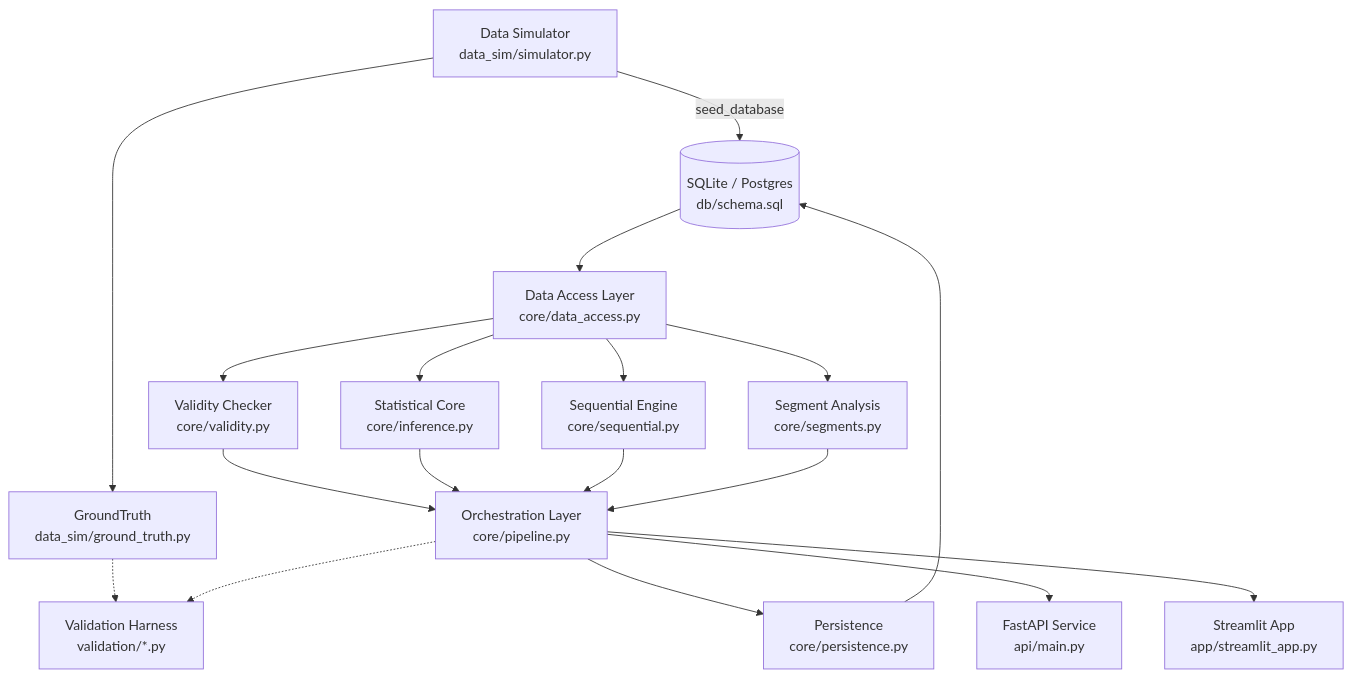
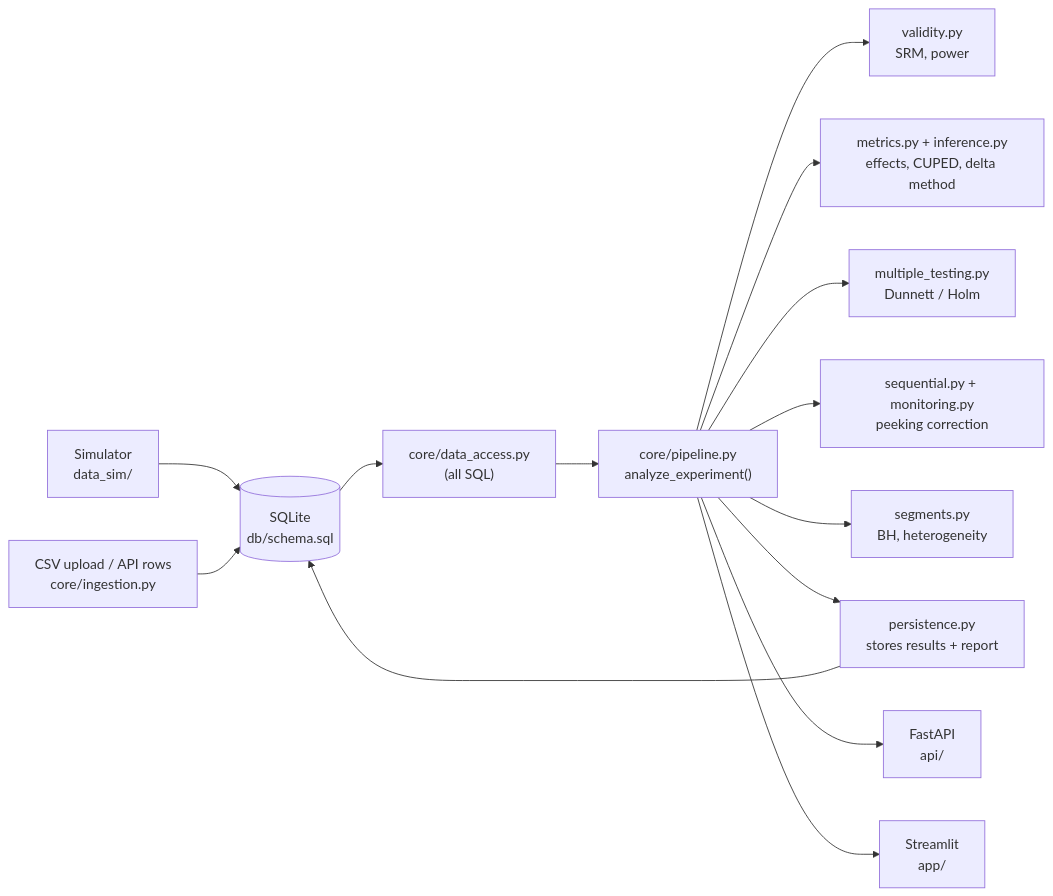
One commit to tarun-rai21/ab-test-engine changed the diagram in README.md. Above: the diagram before and after it, drawn with Mermaid. The commit also changed other lines of this file, not shown here.

````diff
--- a/README.md
+++ b/README.md
@@ -76,40 +206,16 @@
 ```mermaid
-flowchart TB
-    SIM["Data Simulator<br/>data_sim/simulator.py"]
-    GT["GroundTruth<br/>data_sim/ground_truth.py"]
-    DB[("SQLite / Postgres<br/>db/schema.sql")]
-    SIM --> GT
-    SIM -->|seed_database| DB
-
-    DATAACCESS["Data Access Layer<br/>core/data_access.py"]
-    DB --> DATAACCESS
-
-    VALIDITY["Validity Checker<br/>core/validity.py"]
-    INFERENCE["Statistical Core<br/>core/inference.py"]
-    SEQUENTIAL["Sequential Engine<br/>core/sequential.py"]
-    SEGMENTS["Segment Analysis<br/>core/segments.py"]
-
-    DATAACCESS --> VALIDITY
-    DATAACCESS --> INFERENCE
-    DATAACCESS --> SEQUENTIAL
-    DATAACCESS --> SEGMENTS
-
-    PIPELINE["Orchestration Layer<br/>core/pipeline.py"]
-    VALIDITY --> PIPELINE
-    INFERENCE --> PIPELINE
-    SEQUENTIAL --> PIPELINE
-    SEGMENTS --> PIPELINE
-
-    PERSIST["Persistence<br/>core/persistence.py"]
-    PIPELINE --> PERSIST
-    PERSIST --> DB
-
-    VALIDATION["Validation Harness<br/>validation/*.py"]
-    GT -.-> VALIDATION
-    PIPELINE -.-> VALIDATION
-
-    API["FastAPI Service<br/>api/main.py"]
-    APP["Streamlit App<br/>app/streamlit_app.py"]
-    PIPELINE --> API
-    PIPELINE --> APP
+flowchart LR
+    SIM["Simulator<br/>data_sim/"] --> DB[("SQLite<br/>db/schema.sql")]
+    CSV["CSV upload / API rows<br/>core/ingestion.py"] --> DB
+    DB --> DA["core/data_access.py<br/>(all SQL)"]
+    DA --> PIPE["core/pipeline.py<br/>analyze_experiment()"]
+    PIPE --> V["validity.py<br/>SRM, power"]
+    PIPE --> M["metrics.py + inference.py<br/>effects, CUPED, delta method"]
+    PIPE --> MT["multiple_testing.py<br/>Dunnett / Holm"]
+    PIPE --> SQ["sequential.py + monitoring.py<br/>peeking correction"]
+    PIPE --> SG["segments.py<br/>BH, heterogeneity"]
+    PIPE --> P["persistence.py<br/>stores results + report"]
+    P --> DB
+    PIPE --> API["FastAPI<br/>api/"]
+    PIPE --> APP["Streamlit<br/>app/"]
 ```
````
